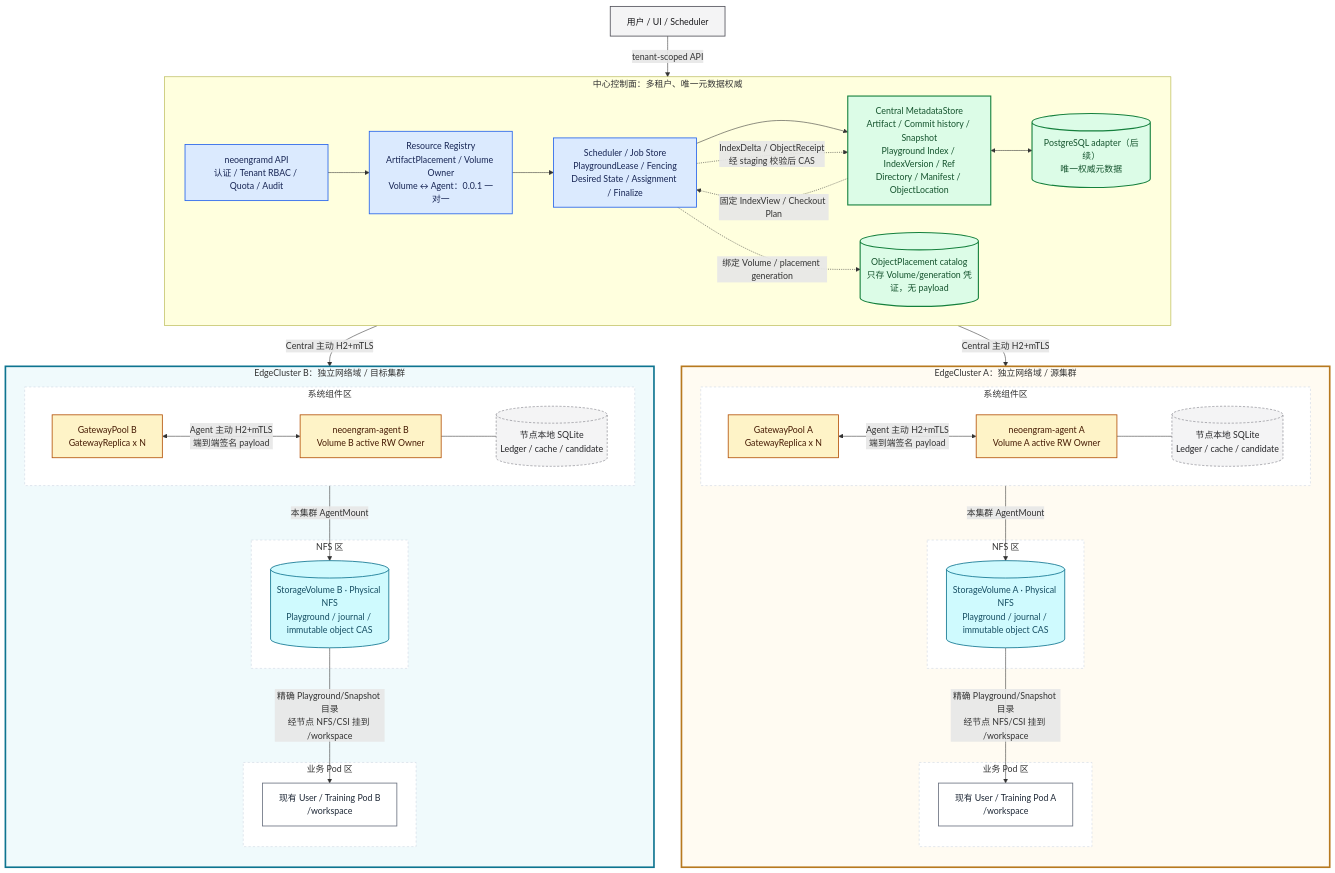
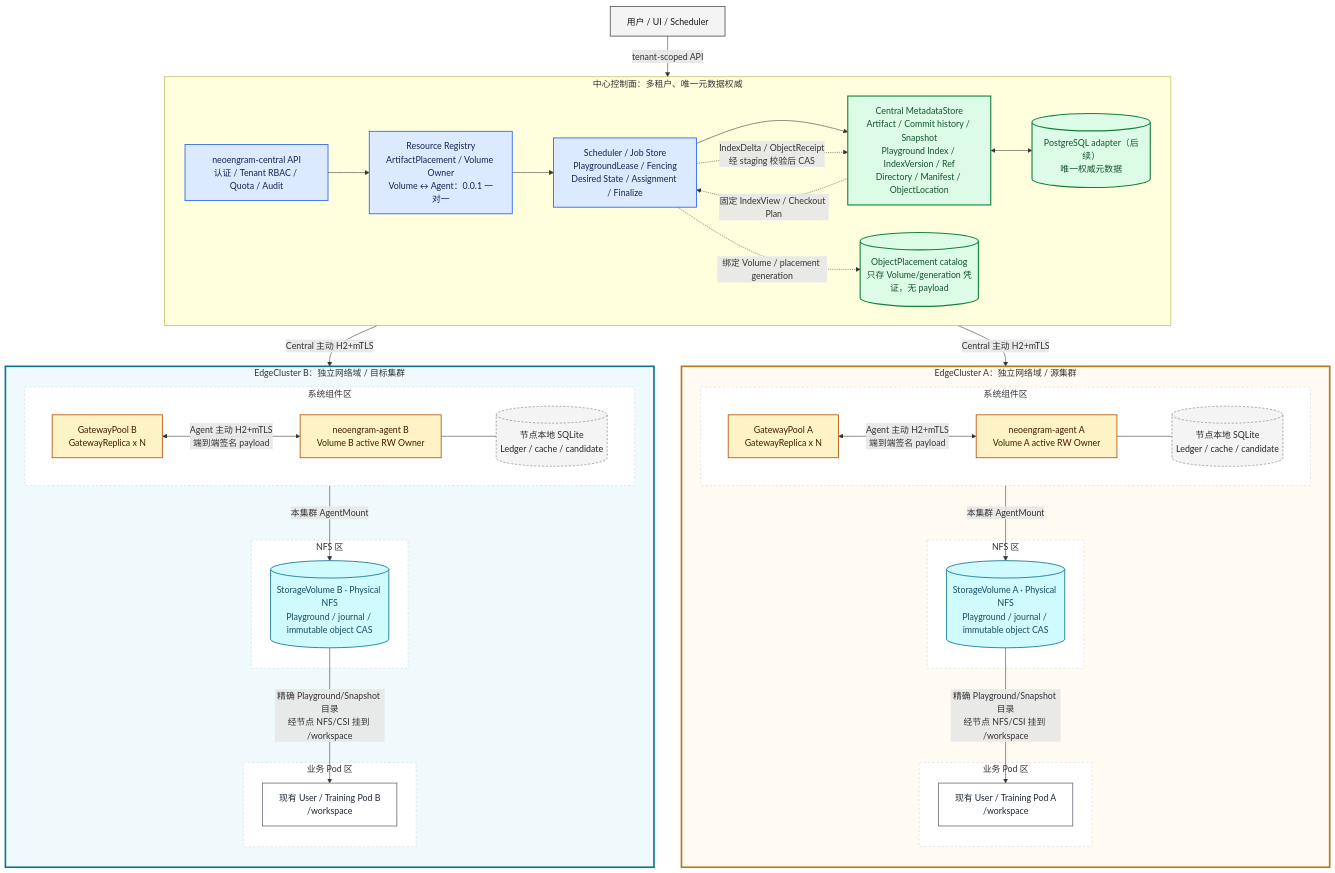
The diagram in docs/agent-central-control.md (kwsc98/neoengram), drawn with Mermaid before and after one commit. The commit also changed other lines of this file and 586 other files, not shown here.

```diff
--- a/docs/agent-central-control.md
+++ b/docs/agent-central-control.md
@@ -342,7 +343,7 @@
 
     subgraph CENTER["中心控制面：多租户、唯一元数据权威"]
         direction LR
-        API["neoengramd API<br/>认证 / Tenant RBAC / Quota / Audit"]
+        API["neoengram-central API<br/>认证 / Tenant RBAC / Quota / Audit"]
         REGISTRY["Resource Registry<br/>ArtifactPlacement / Volume Owner<br/>Volume ↔ Agent：0.0.1 一对一"]
         JOBS["Scheduler / Job Store<br/>PlaygroundLease / Fencing<br/>Desired State / Assignment / Finalize"]
         META["Central MetadataStore<br/>Artifact / Commit history / Snapshot<br/>Playground Index / IndexVersion / Ref<br/>Directory / Manifest / ObjectLocation"]
```
